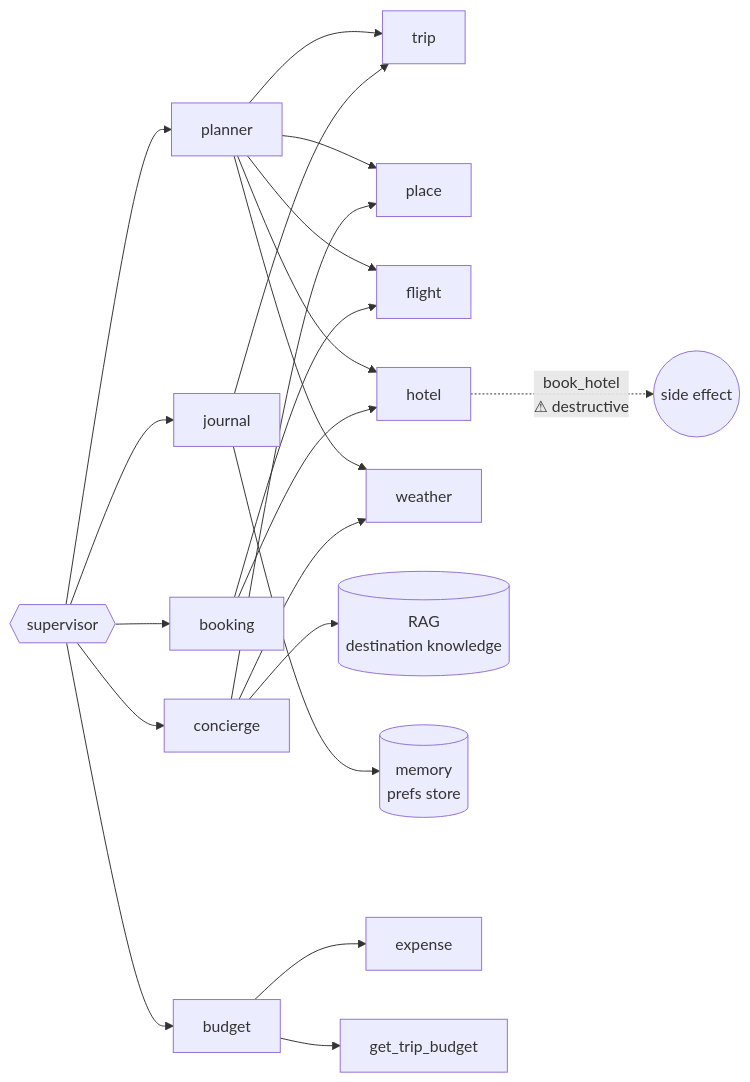
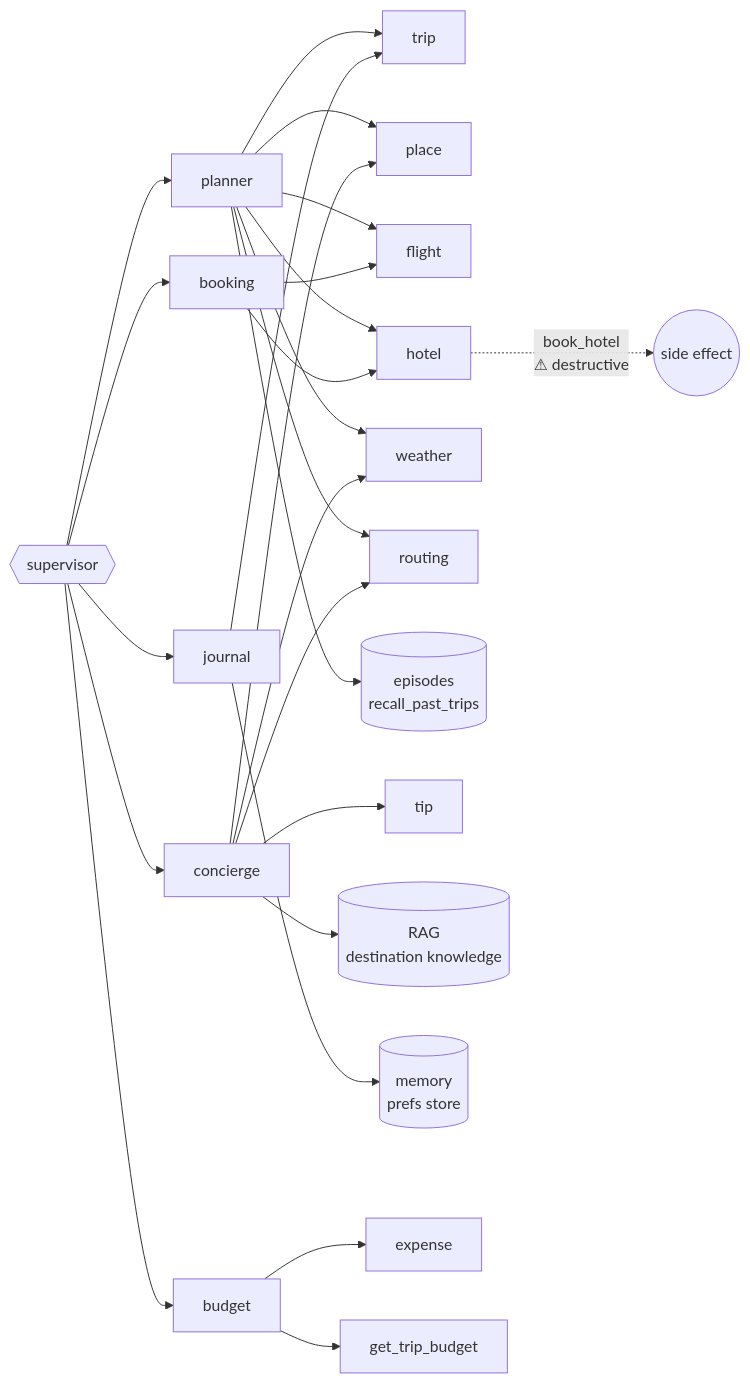
One commit to minhtran3124/travel-pi changed the fifth of 5 diagrams in WORKFLOW_DIAGRAM.md. Above: the diagram before and after it, drawn with Mermaid. The commit also changed other lines of this file and 3 other files, not shown here.

First line of the commit message:
docs(agent): refresh workflow diagrams + add HTML renderer

````diff
--- a/WORKFLOW_DIAGRAM.md
+++ b/WORKFLOW_DIAGRAM.md
@@ -64,31 +171,35 @@
 ```mermaid
 flowchart LR
     Sup{{supervisor}}
 
     Sup --> P[planner]
     Sup --> C[concierge]
     Sup --> J[journal]
     Sup --> B[booking]
     Sup --> Bu[budget]
 
     P --> trip[trip]
     P --> place[place]
     P --> flight[flight]
     P --> hotel[hotel]
     P --> weather[weather]
+    P --> routing[routing]
+    P --> episodes[("episodes<br/>recall_past_trips")]
 
     C --> place
     C --> weather
+    C --> routing
+    C --> tip[tip]
     C --> rag[("RAG<br/>destination knowledge")]
 
     J --> trip
     J --> memory[("memory<br/>prefs store")]
 
     B --> flight
     B --> hotel
 
     Bu --> expense[expense]
     Bu --> tripbudget["get_trip_budget"]
 
     hotel -.->|"book_hotel<br/>⚠ destructive"| money((side effect))
 ```
````
